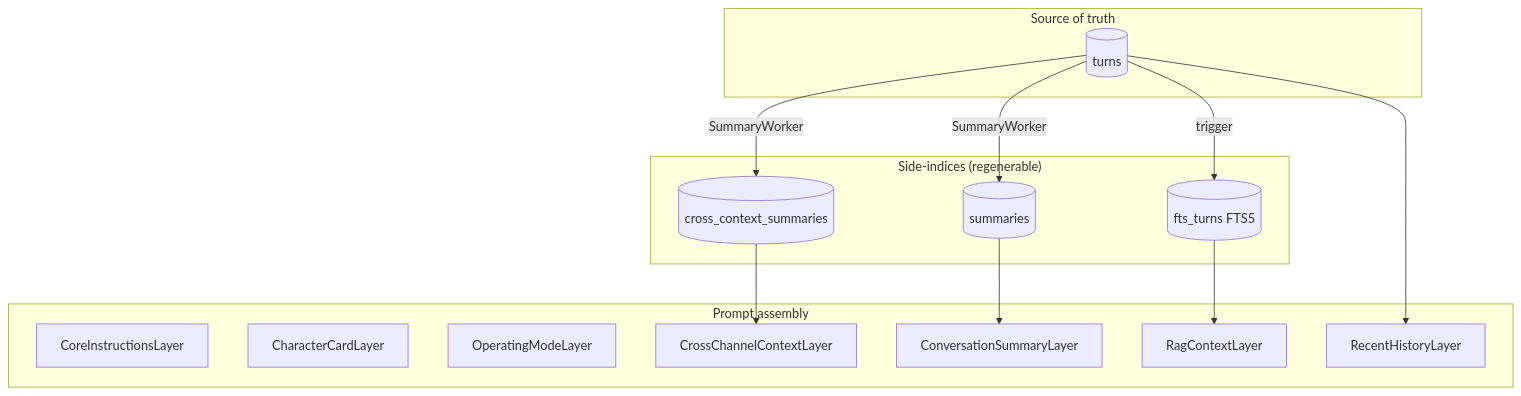
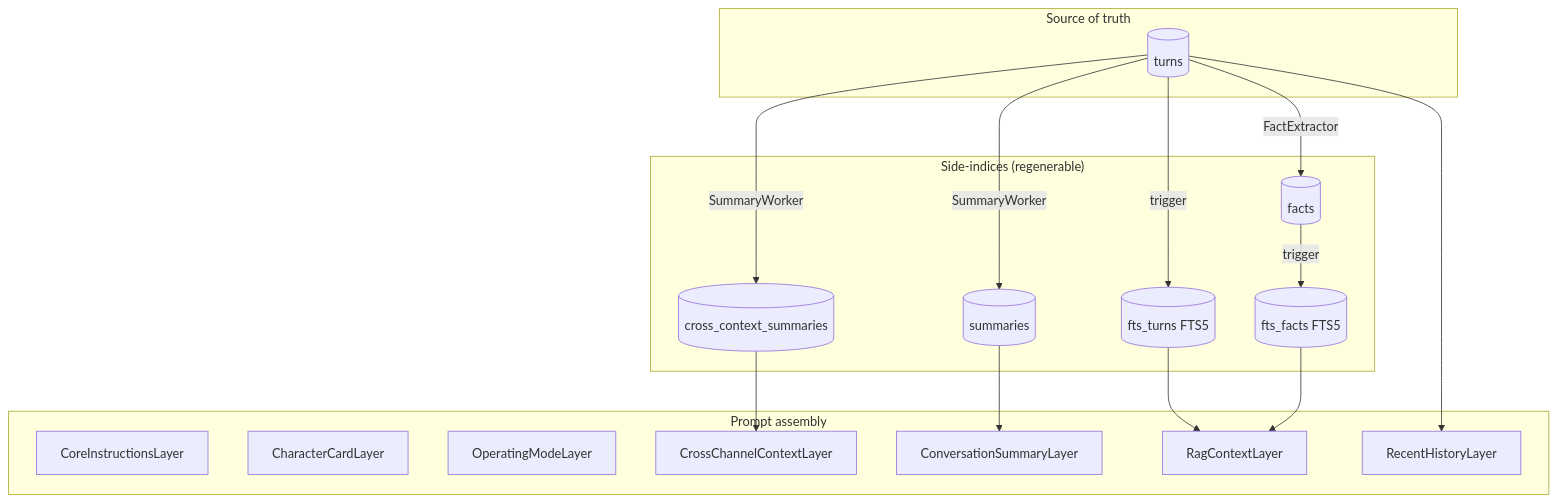
Before and after one commit to CorVous/Familiar-Connect: the diagram in docs/architecture/context-pipeline.md, drawn with Mermaid. The commit also changed other lines of this file and 8 other files, not shown here.

````diff
--- a/docs/architecture/context-pipeline.md
+++ b/docs/architecture/context-pipeline.md
@@ -14,31 +14,36 @@
 ```mermaid
 flowchart TB
     subgraph SoT["Source of truth"]
         turns[(turns)]
     end
 
     subgraph Indices["Side-indices (regenerable)"]
         summaries[(summaries)]
         cross[(cross_context_summaries)]
         fts[(fts_turns FTS5)]
+        facts[(facts)]
+        fts_facts[(fts_facts FTS5)]
     end
 
     turns -->|trigger| fts
     turns -->|SummaryWorker| summaries
     turns -->|SummaryWorker| cross
+    turns -->|FactExtractor| facts
+    facts -->|trigger| fts_facts
 
     subgraph Assembler[Prompt assembly]
         core[CoreInstructionsLayer]
         card[CharacterCardLayer]
         mode[OperatingModeLayer]
         xc[CrossChannelContextLayer]
         sum[ConversationSummaryLayer]
         rag[RagContextLayer]
         hist[RecentHistoryLayer]
     end
 
     cross --> xc
     summaries --> sum
     fts --> rag
+    fts_facts --> rag
     turns --> hist
 ```
````
